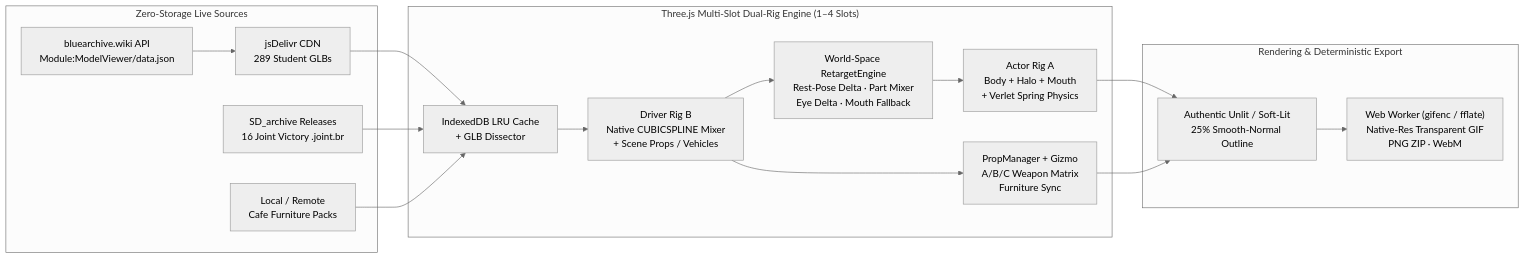
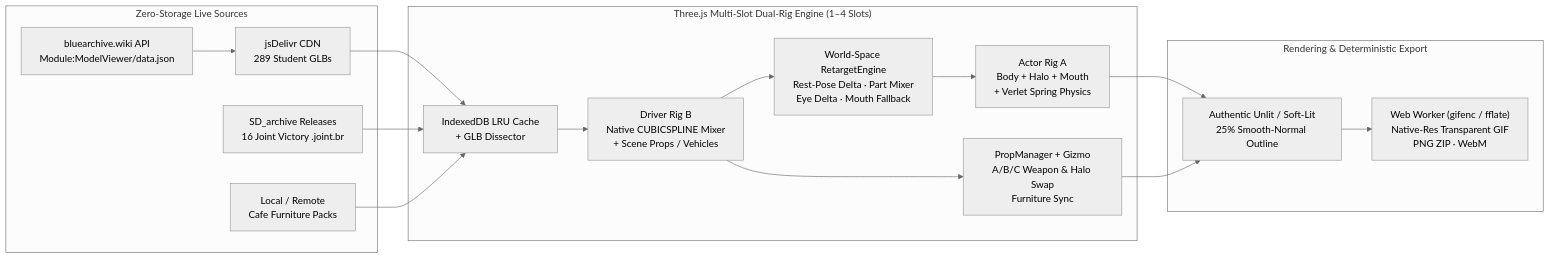
The diagram in README.md (ryujou/kivotos-rig-studio), drawn with Mermaid (neutral theme) before and after one commit. The commit also changed other lines of this file and 28 other files, not shown here.

Commit message:
feat: add halo swap (A/B/C/hide), spacious 390x580 mobile drawers, and updated guide/READMEs

````diff
--- a/README.md
+++ b/README.md
@@ -85,30 +85,30 @@
 ```mermaid
 flowchart LR
     subgraph Sources["Zero-Storage Live Sources"]
         WIKI["bluearchive.wiki API<br/>Module:ModelViewer/data.json"]
         CDN["jsDelivr CDN<br/>289 Student GLBs"]
         JOINT["SD_archive Releases<br/>16 Joint Victory .joint.br"]
         FURN["Local / Remote<br/>Cafe Furniture Packs"]
     end
 
     subgraph Engine["Three.js Multi-Slot Dual-Rig Engine (1–4 Slots)"]
         CACHE["IndexedDB LRU Cache<br/>+ GLB Dissector"]
         DRIVER["Driver Rig B<br/>Native CUBICSPLINE Mixer<br/>+ Scene Props / Vehicles"]
         SOLVER["World-Space RetargetEngine<br/>Rest-Pose Delta · Part Mixer<br/>Eye Delta · Mouth Fallback"]
         ACTOR["Actor Rig A<br/>Body + Halo + Mouth<br/>+ Verlet Spring Physics"]
-        PROPS["PropManager + Gizmo<br/>A/B/C Weapon Matrix<br/>Furniture Sync"]
+        PROPS["PropManager + Gizmo<br/>A/B/C Weapon & Halo Swap<br/>Furniture Sync"]
     end
 
     subgraph Export["Rendering & Deterministic Export"]
         LOOK["Authentic Unlit / Soft-Lit<br/>25% Smooth-Normal Outline"]
         WORKER["Web Worker (gifenc / fflate)<br/>Native-Res Transparent GIF<br/>PNG ZIP · WebM"]
     end
 
     WIKI --> CDN --> CACHE
     JOINT --> CACHE
     FURN --> CACHE
     CACHE --> DRIVER --> SOLVER --> ACTOR
     DRIVER --> PROPS
     ACTOR --> LOOK --> WORKER
     PROPS --> LOOK
 ```
````
